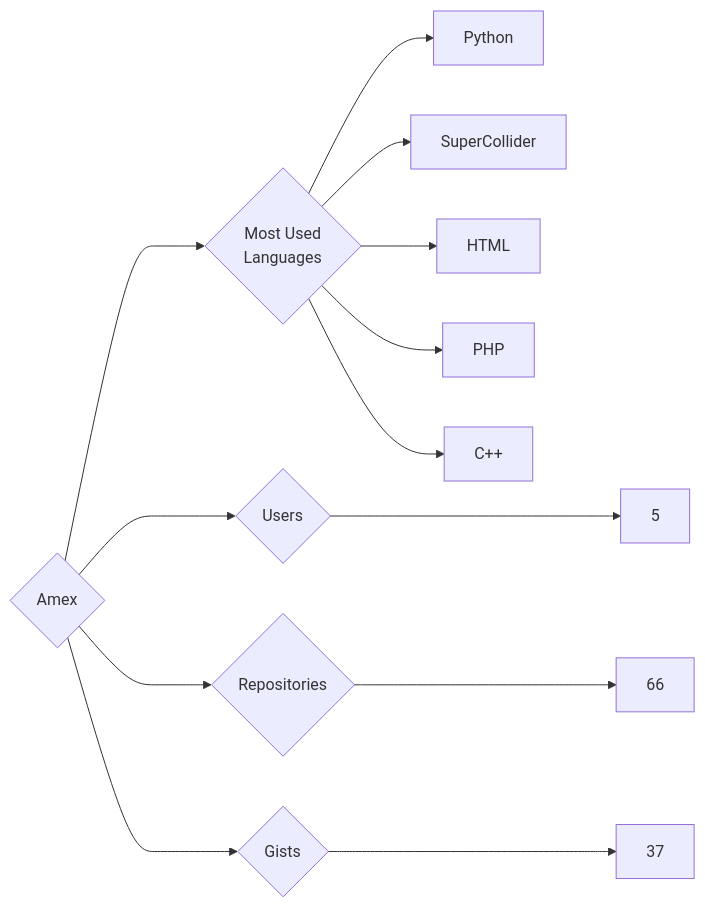
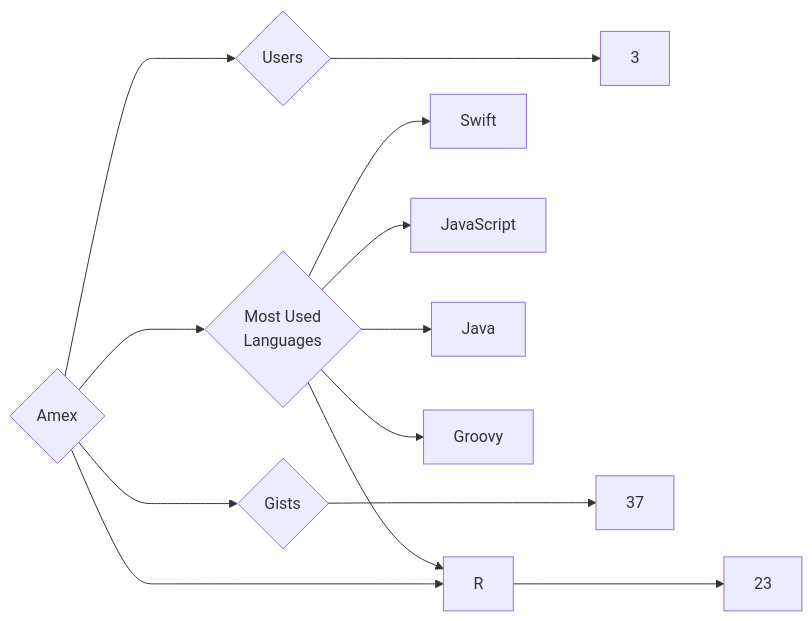
One commit to trickest/insiders changed the diagram in targets/Amex/README.md. Above: the diagram before and after it, drawn with Mermaid. The commit also changed 1020 other files, not shown here.

````diff
--- a/targets/Amex/README.md
+++ b/targets/Amex/README.md
@@ -3,13 +3,13 @@
 ```mermaid
 graph LR
 COMPANY_NAME{Amex}
-COMPANY_NAME ---> U{Users} ---> UN[5]
-COMPANY_NAME ---> R{Repositories} ---> RN[66]
+COMPANY_NAME ---> U{Users} ---> UN[3]
+COMPANY_NAME ---> R{Repositories} ---> RN[23]
 COMPANY_NAME ---> G{Gists} ---> GN[37]
 COMPANY_NAME ---> ML{Most Used<br>Languages}
-ML --> Python[Python]
-ML --> SuperCollider[SuperCollider]
-ML --> HTML[HTML]
-ML --> PHP[PHP]
-ML --> C++[C++]
+ML --> Swift[Swift]
+ML --> JavaScript[JavaScript]
+ML --> Java[Java]
+ML --> R[R]
+ML --> Groovy[Groovy]
 ```
````
